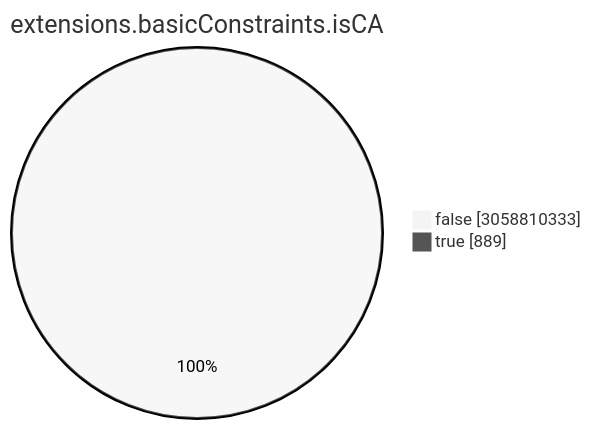
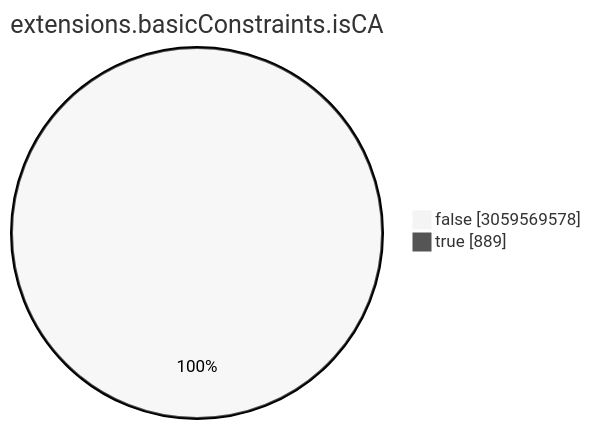
One commit to christiankrug/ctmonitor_visualization changed the seventh of 15 diagrams in TOTAL/README.md. Above: the diagram before and after it, drawn with Mermaid (neutral theme). The commit also changed other lines of this file, not shown here.

````diff
--- a/TOTAL/README.md
+++ b/TOTAL/README.md
@@ -3086,6 +3086,6 @@
 ```mermaid
 pie showData
 title extensions.basicConstraints.isCA
-"false" :3058810333
+"false" :3059569578
 "true" :889
 ```
````
